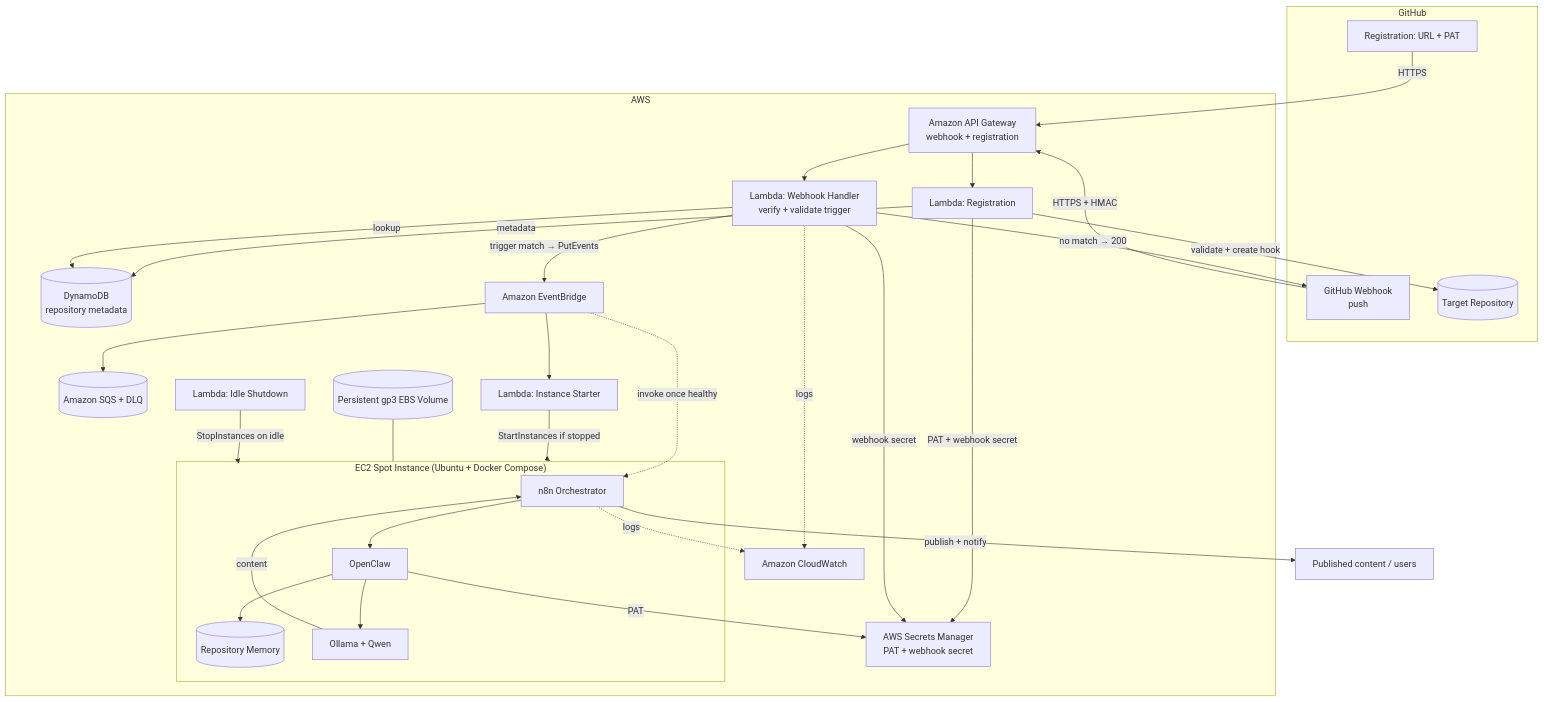
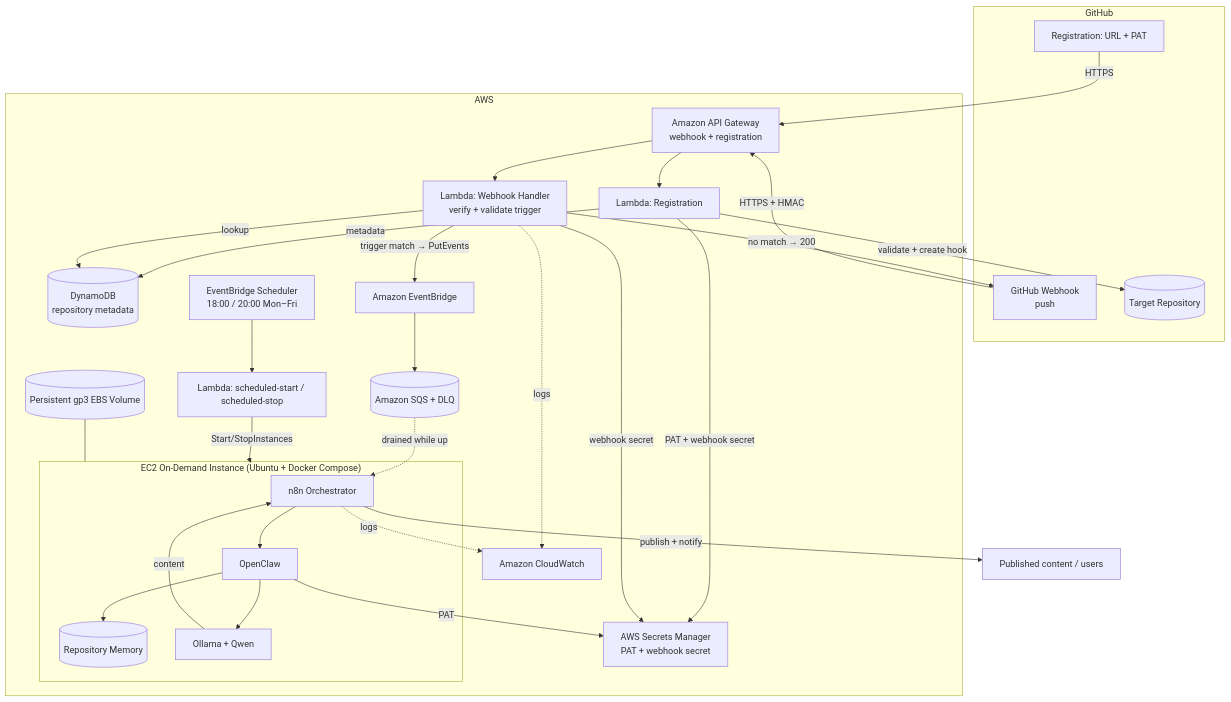
Before and after one commit to teddynted/ai-github-repository-blog-generator: the third of 7 diagrams in docs/architecture.md, drawn with Mermaid. The commit also changed other lines of this file and 48 other files, not shown here.

````diff
--- a/docs/architecture.md
+++ b/docs/architecture.md
@@ -83,50 +83,49 @@
 ```mermaid
 flowchart TB
     subgraph GitHub
         REG[Registration: URL + PAT]
         EVT[GitHub Webhook<br/>push]
         REPO[(Target Repository)]
     end
 
     subgraph AWS
         APIGW[Amazon API Gateway<br/>webhook + registration]
         RL[Lambda: Registration]
         LH[Lambda: Webhook Handler<br/>verify + validate trigger]
         SM[AWS Secrets Manager<br/>PAT + webhook secret]
         DDB[(DynamoDB<br/>repository metadata)]
         EB[Amazon EventBridge]
         SQS[(Amazon SQS + DLQ)]
-        ST[Lambda: Instance Starter]
-        LS[Lambda: Idle Shutdown]
-        subgraph EC2["EC2 Spot Instance (Ubuntu + Docker Compose)"]
+        SCH[EventBridge Scheduler<br/>18:00 / 20:00 Mon–Fri]
+        PWR[Lambda: scheduled-start / scheduled-stop]
+        subgraph EC2["EC2 On-Demand Instance (Ubuntu + Docker Compose)"]
             N8N[n8n Orchestrator]
             OC[OpenClaw]
             MEM[(Repository Memory)]
             OLL[Ollama + Qwen]
         end
         EBS[(Persistent gp3 EBS Volume)]
         CW[Amazon CloudWatch]
     end
 
     REG -->|HTTPS| APIGW --> RL
     RL -->|validate + create hook| REPO
     RL -->|metadata| DDB
     RL -->|PAT + webhook secret| SM
     EVT -->|HTTPS + HMAC| APIGW --> LH
     LH -->|lookup| DDB
     LH -->|webhook secret| SM
     LH -->|trigger match → PutEvents| EB
     LH -->|no match → 200| EVT
     EB --> SQS
-    EB --> ST -->|StartInstances if stopped| EC2
-    EB -.->|invoke once healthy| N8N
+    SCH --> PWR -->|Start/StopInstances| EC2
+    SQS -.->|drained while up| N8N
     N8N --> OC --> MEM
     OC -->|PAT| SM
     OC --> OLL
     OLL -->|content| N8N
     N8N -->|publish + notify| OUT[Published content / users]
     EBS --- EC2
-    LS -->|StopInstances on idle| EC2
     LH -. logs .-> CW
     N8N -. logs .-> CW
 ```
````
